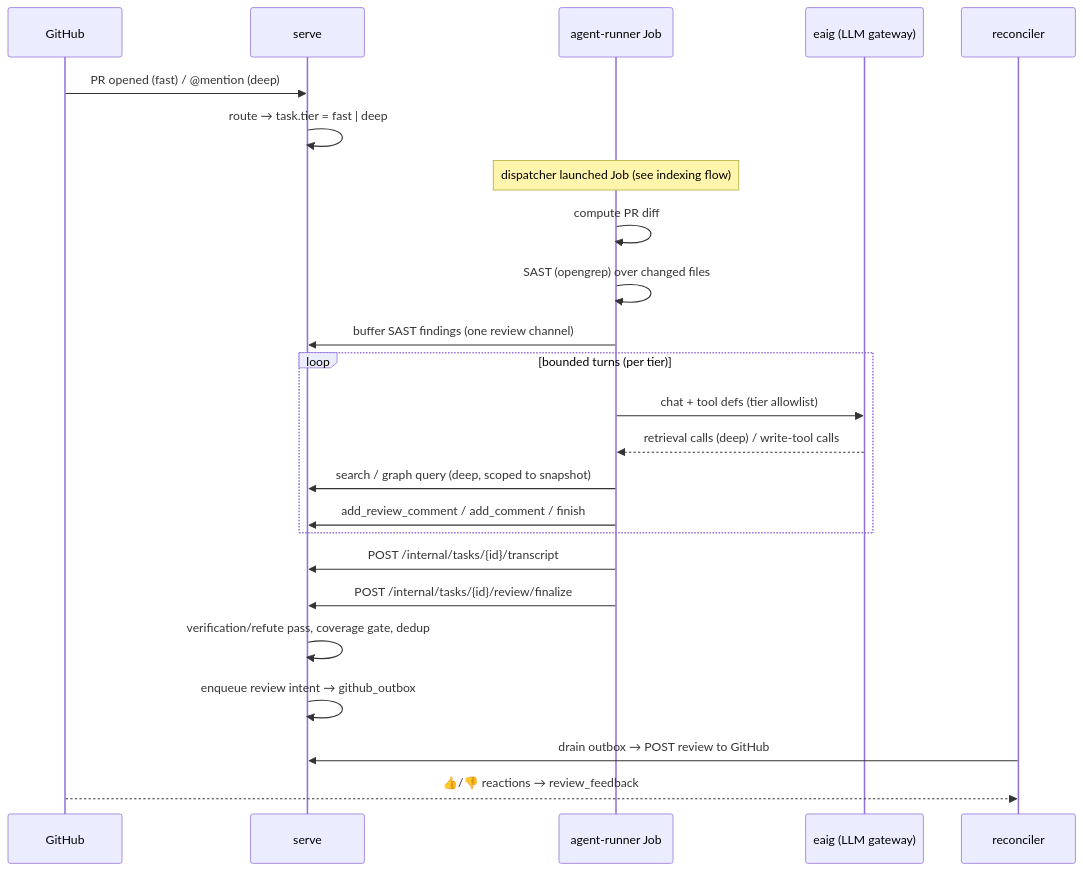
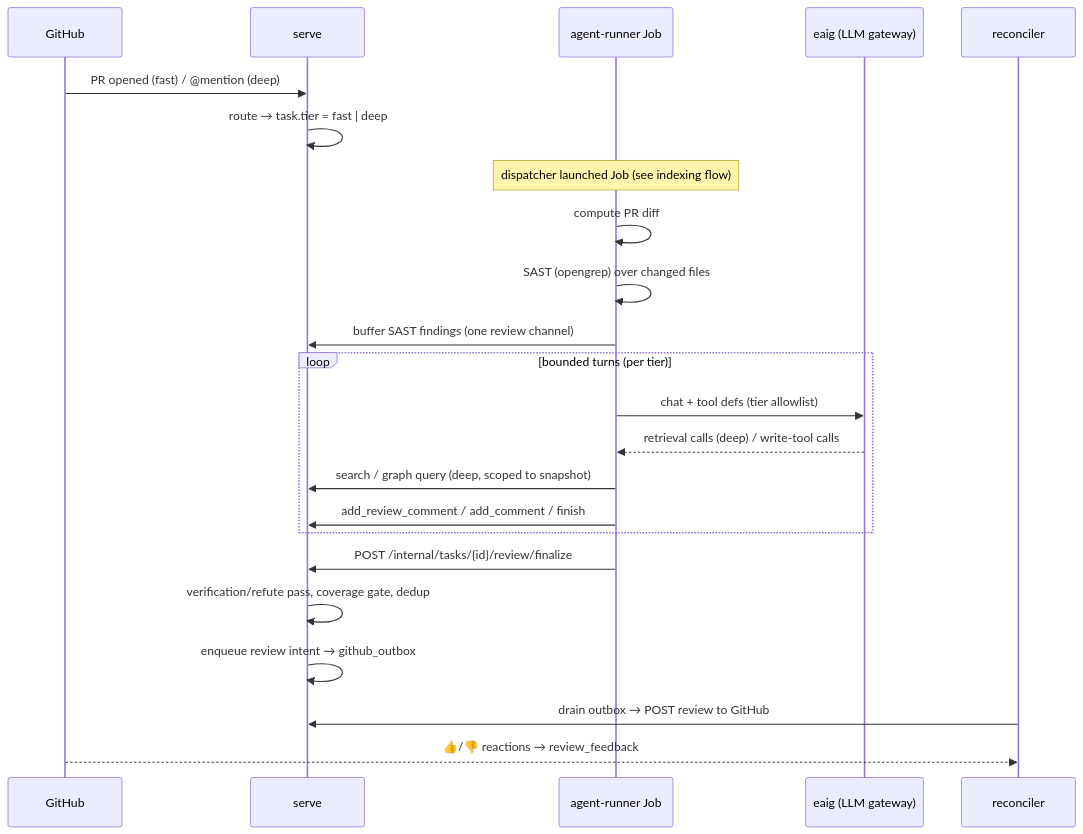
The third of 3 diagrams in docs/architecture.md (ADORSYS-GIS/lightbridge-code-intelligence), drawn with Mermaid before and after one commit. The commit also changed other lines of this file and 13 other files, not shown here.

````diff
--- a/docs/architecture.md
+++ b/docs/architecture.md
@@ -251,27 +251,26 @@
 ```mermaid
 sequenceDiagram
   participant G as GitHub
   participant S as serve
   participant J as agent-runner Job
   participant E as eaig (LLM gateway)
   participant R as reconciler
 
   G->>S: PR opened (fast)  /  @mention (deep)
   S->>S: route → task.tier = fast | deep
   Note over J: dispatcher launched Job (see indexing flow)
   J->>J: compute PR diff
   J->>J: SAST (opengrep) over changed files
   J->>S: buffer SAST findings (one review channel)
   loop bounded turns (per tier)
     J->>E: chat + tool defs (tier allowlist)
     E-->>J: retrieval calls (deep) / write-tool calls
     J->>S: search / graph query (deep, scoped to snapshot)
     J->>S: add_review_comment / add_comment / finish
   end
-  J->>S: POST /internal/tasks/{id}/transcript
   J->>S: POST /internal/tasks/{id}/review/finalize
   S->>S: verification/refute pass, coverage gate, dedup
   S->>S: enqueue review intent → github_outbox
   R->>S: drain outbox → POST review to GitHub
   G-->>R: 👍/👎 reactions → review_feedback
 ```
````
